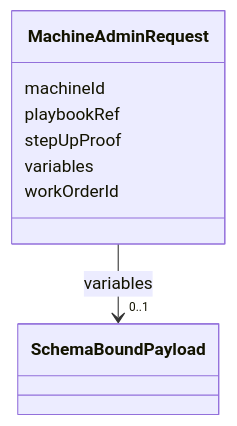
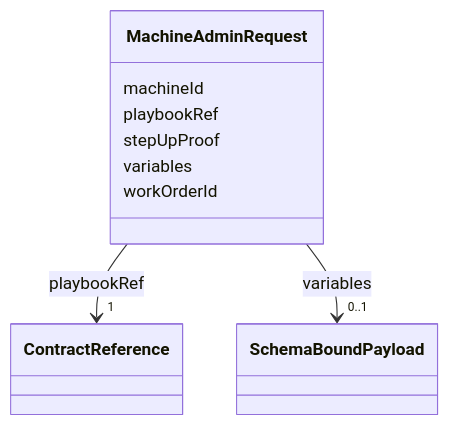
One commit to open4good/jumo-core changed the diagram in metamodel/generated/docs/MachineAdminRequest.md. Above: the diagram before and after it, drawn with Mermaid. The commit also changed other lines of this file and 42 other files, not shown here.

````diff
--- a/metamodel/generated/docs/MachineAdminRequest.md
+++ b/metamodel/generated/docs/MachineAdminRequest.md
@@ -23,25 +23,34 @@
 ```mermaid
  classDiagram
     class MachineAdminRequest
     click MachineAdminRequest href "../MachineAdminRequest/"
       MachineAdminRequest : machineId
 
       MachineAdminRequest : playbookRef
+
+
+
+
+
+        MachineAdminRequest --> "1" ContractReference : playbookRef
+        click ContractReference href "../ContractReference/"
+
+
 
       MachineAdminRequest : stepUpProof
 
       MachineAdminRequest : variables
 
 
 
 
 
         MachineAdminRequest --> "0..1" SchemaBoundPayload : variables
         click SchemaBoundPayload href "../SchemaBoundPayload/"
 
 
 
       MachineAdminRequest : workOrderId
 
 
 ```
````
